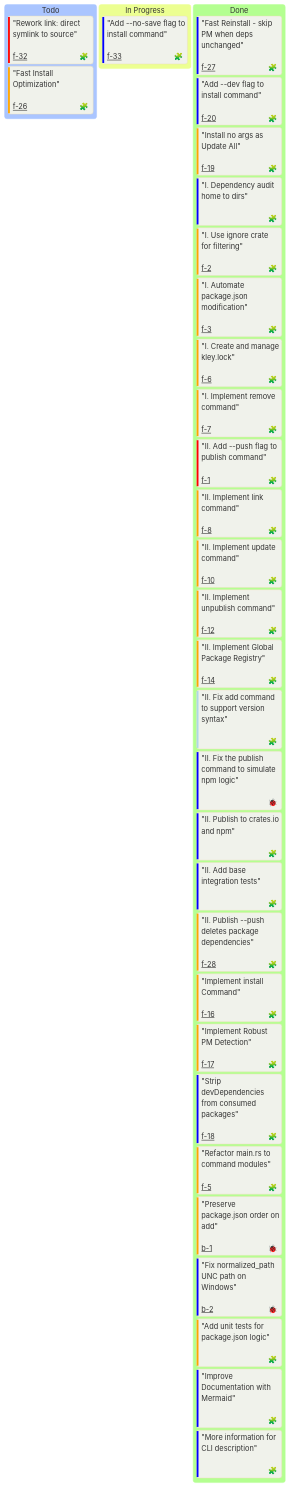
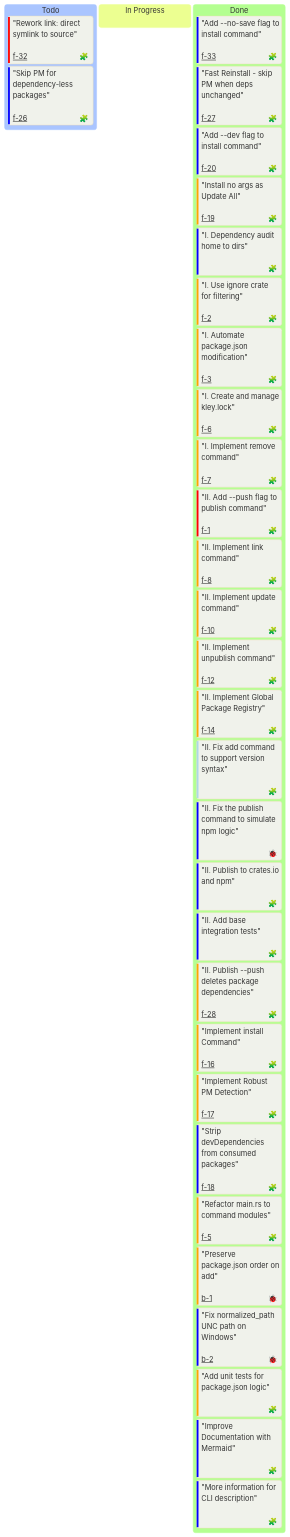
One commit to sumbad/kley changed the diagram in docs/milestones/M1-mvp.md. Above: the diagram before and after it, drawn with Mermaid. The commit also changed 3 other files, not shown here.

````diff
--- a/docs/milestones/M1-mvp.md
+++ b/docs/milestones/M1-mvp.md
@@ -17,57 +17,57 @@
 ```mermaid
 ---
 config:
   kanban:
     ticketBaseUrl: 'https://github.com/sumbad/kley/tree/master/docs/tickets/#TICKET#.md'
     
     ### Legend
     # assigned - 🧩 = feat | 🐞 = bug
     # priority - `Very High` = Critical | `High` = High | `Low` = Medium | `Very Low` = Low
     # ticket - used for a ticket file name (tickets/#TICKET#.md)
 ---
 %%{init: {
   'theme': 'base',
   'themeVariables': {
     'darkMode': false,
     'background': '#F0F2EB'
   }
 }}%%
 
 kanban
     Todo
         "Rework link: direct symlink to source"<br/><br/>@{ assigned: 🧩, priority: 'Very High', ticket: 'f-32' }
-        "Fast Install Optimization"<br/><br/>@{ assigned: 🧩, priority: 'High', ticket: 'f-26' }
+        "Skip PM for dependency-less packages"<br/><br/>@{ assigned: 🧩, priority: 'Low', ticket: 'f-26' }
 
     In Progress
-        "Add --no-save flag to install command"<br/><br/>@{ assigned: 🧩, priority: 'Low', ticket: 'f-33' }
 
     Done
+        "Add --no-save flag to install command"<br/><br/>@{ assigned: 🧩, priority: 'Low', ticket: 'f-33' }
         "Fast Reinstall - skip PM when deps unchanged"<br/><br/>@{ assigned: 🧩, priority: 'Low', ticket: 'f-27' }
         "Add --dev flag to install command"<br/><br/>@{ assigned: 🧩, priority: 'Low', ticket: 'f-20' }
         "Install no args as Update All"<br/><br/>@{ assigned: 🧩, priority: 'High', ticket: 'f-19' }
         "I. Dependency audit home to dirs"<br/><br/>@{ assigned: 🧩, priority: 'Low' }
         "I. Use ignore crate for filtering"<br/><br/>@{ assigned: 🧩, priority: 'High', ticket: 'f-2' }
         "I. Automate package.json modification"<br/><br/>@{ assigned: 🧩, priority: 'High', ticket: 'f-3' }
         "I. Create and manage kley.lock"<br/><br/>@{ assigned: 🧩, priority: 'High', ticket: 'f-6' }
         "I. Implement remove command"<br/><br/>@{ assigned: 🧩, priority: 'High', ticket: 'f-7' }
         "II. Add --push flag to publish command"<br/><br/>@{ assigned: 🧩, priority: 'Very High', ticket: 'f-1' }
         "II. Implement link command"<br/><br/>@{ assigned: 🧩, priority: 'High', ticket: 'f-8' }
         "II. Implement update command"<br/><br/>@{ assigned: 🧩, priority: 'High', ticket: 'f-10' }
         "II. Implement unpublish command"<br/><br/>@{ assigned: 🧩, priority: 'High', ticket: 'f-12' }
         "II. Implement Global Package Registry"<br/><br/>@{ assigned: 🧩, priority: 'High', ticket: 'f-14' }
         "II. Fix add command to support version syntax"<br/><br/>@{ assigned: 🧩, priority: 'Very Low' }
         "II. Fix the publish command to simulate npm logic"<br/><br/>@{ assigned: 🐞, priority: 'Low' }
         "II. Publish to crates.io and npm"<br/><br/>@{ assigned: 🧩, priority: 'Low' }
         "II. Add base integration tests"<br/><br/>@{ assigned: 🧩, priority: 'Low' }
         "II. Publish --push deletes package dependencies"<br/><br/>@{ assigned: 🧩, priority: 'High', ticket: 'f-28' }
         "Implement install Command"<br/><br/>@{ assigned: 🧩, priority: 'High', ticket: 'f-16' }
         "Implement Robust PM Detection"<br/><br/>@{ assigned: 🧩, priority: 'High', ticket: 'f-17' }
         "Strip devDependencies from consumed packages"<br/><br/>@{ assigned: 🧩, priority: 'Low', ticket: 'f-18' }
         "Refactor main.rs to command modules"<br/><br/>@{ assigned: 🧩, priority: 'High', ticket: 'f-5' }
         "Preserve package.json order on add"<br/><br/>@{ assigned: 🐞, priority: 'High', ticket: 'b-1' }
         "Fix normalized_path UNC path on Windows"<br/><br/>@{ assigned: 🐞, priority: 'Low', ticket: 'b-2' }
         "Add unit tests for package.json logic"<br/><br/>@{ assigned: 🧩, priority: 'High' }
         "Improve Documentation with Mermaid"<br/><br/>@{ assigned: 🧩, priority: 'Low' }
         "More information for CLI description"<br/><br/>@{ assigned: 🧩, priority: 'Low' }
 
 ```
````
